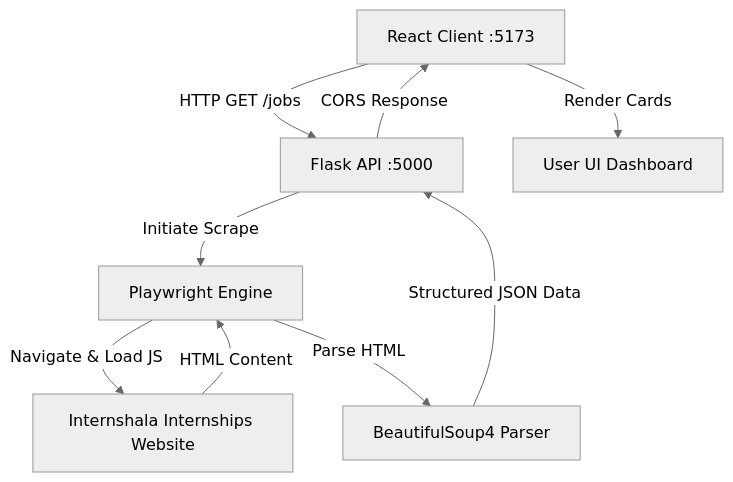
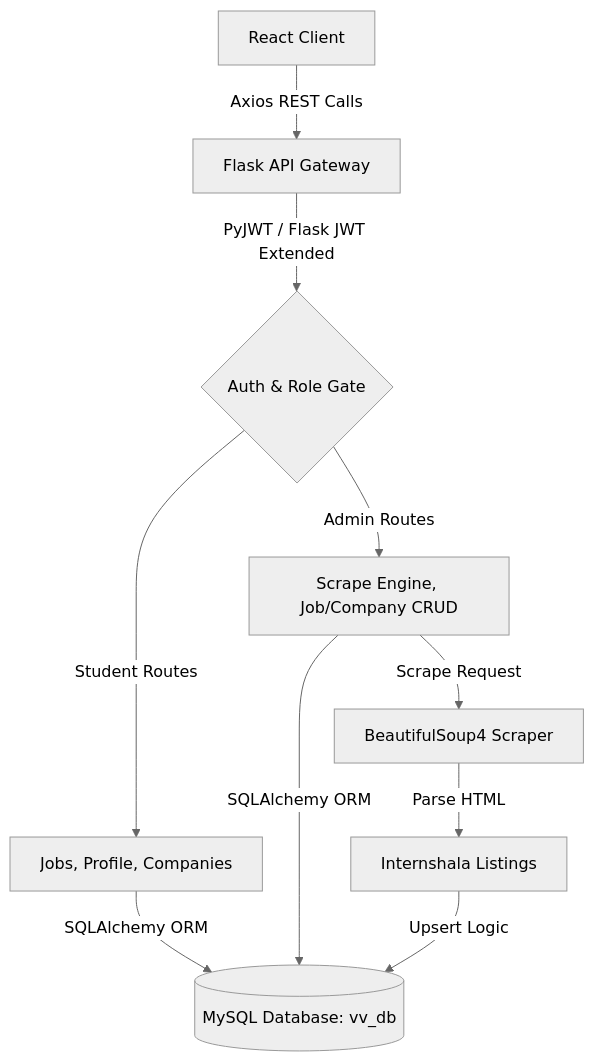
One commit to jithu0703/JobMaxxing changed the diagram in README.md. Above: the diagram before and after it, drawn with Mermaid (neutral theme). The commit also changed other lines of this file, not shown here.

````diff
--- a/README.md
+++ b/README.md
@@ -20,11 +19,17 @@
 ```mermaid
 graph TD
-    A[React Client :5173] -->|HTTP GET /jobs| B[Flask API :5000]
-    B -->|Initiate Scrape| C[Playwright Engine]
-    C -->|Navigate & Load JS| D[Internshala Internships Website]
-    D -->|HTML Content| C
-    C -->|Parse HTML| E[BeautifulSoup4 Parser]
-    E -->|Structured JSON Data| B
-    B -->|CORS Response| A
-    A -->|Render Cards| F[User UI Dashboard]
+    A[React Client] -->|Axios REST Calls| B[Flask API Gateway]
+    B -->|PyJWT / Flask JWT Extended| C{Auth & Role Gate}
+    
+    %% Routes
+    C -->|Student Routes| D[Jobs, Profile, Companies]
+    C -->|Admin Routes| E[Scrape Engine, Job/Company CRUD]
+    
+    %% Models
+    D & E -->|SQLAlchemy ORM| F[(MySQL Database: vv_db)]
+    
+    %% Scraper
+    E -->|Scrape Request| G[BeautifulSoup4 Scraper]
+    G -->|Parse HTML| H[Internshala Listings]
+    H -->|Upsert Logic| F
 ```
````
